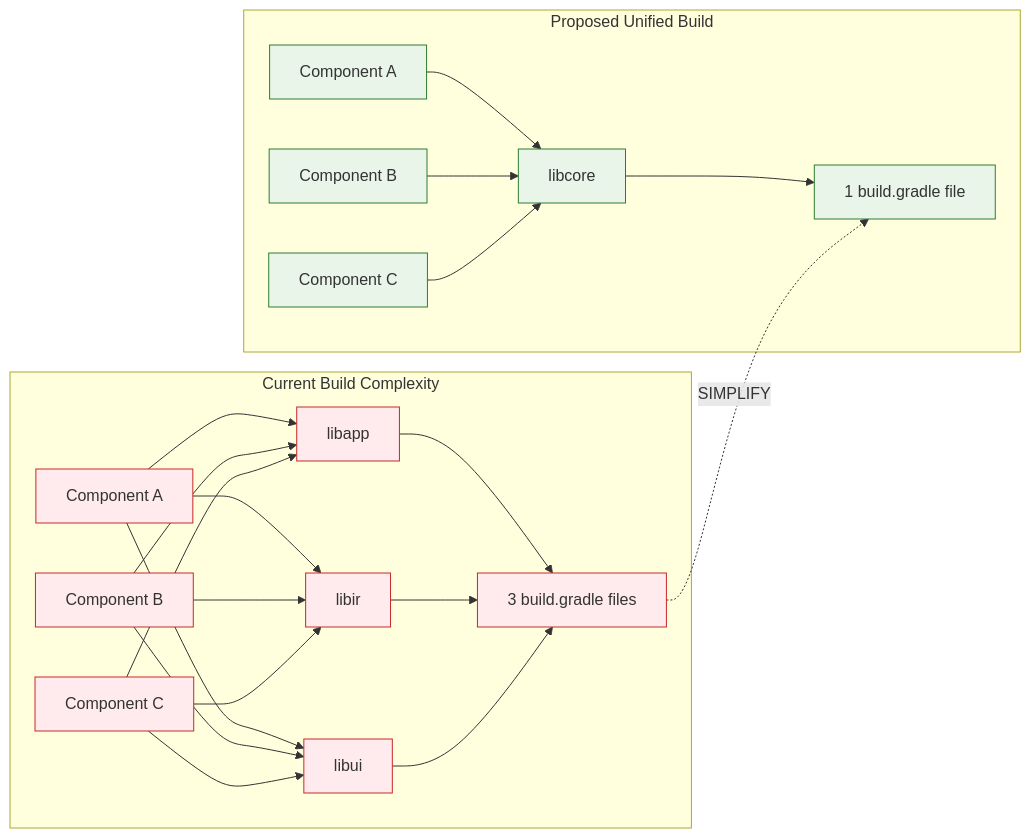
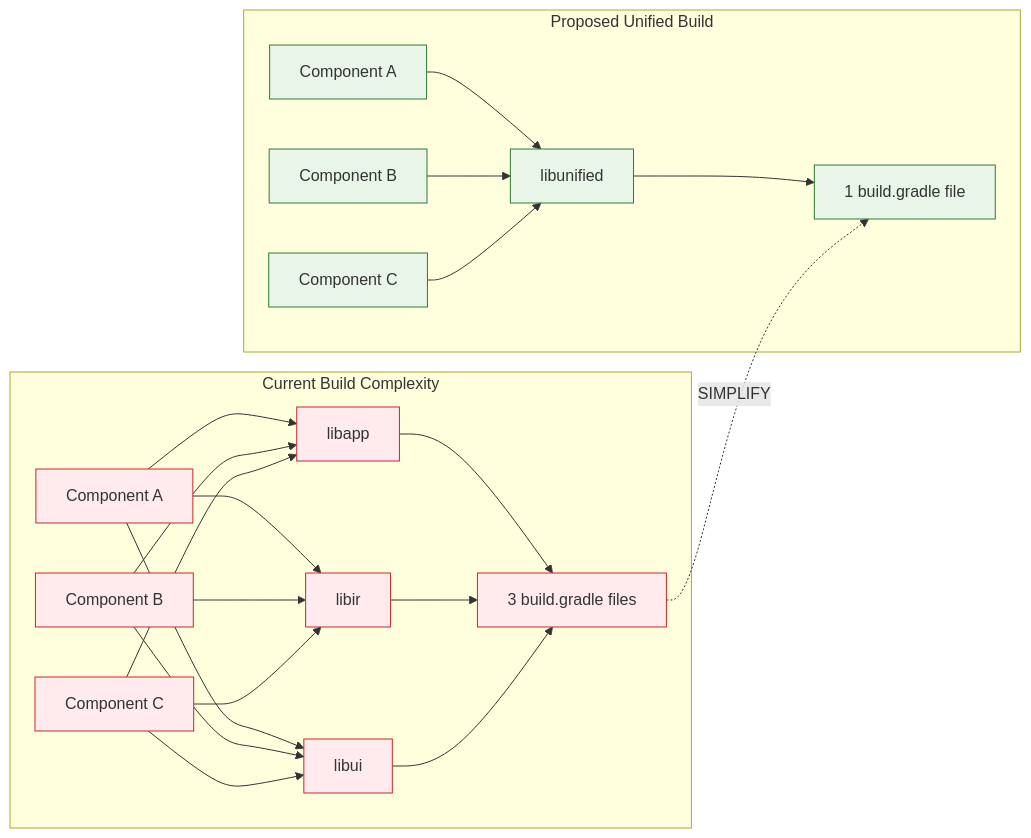
One commit to uclgsr/IRCamera changed diagram 11 of 13 in MERMAID_DIAGRAMS.md. Above: the diagram before and after it, drawn with Mermaid. The commit also changed other lines of this file and 2 other files, not shown here.

Commit message:
Complete emoji removal and fix remaining libcore references

````diff
--- a/MERMAID_DIAGRAMS.md
+++ b/MERMAID_DIAGRAMS.md
@@ -556,36 +556,36 @@
 ```mermaid
 graph LR
     subgraph "Current Build Complexity"
         C1[Component A] --> L1[libapp]
         C1 --> L2[libir] 
         C1 --> L3[libui]
         
         C2[Component B] --> L1
         C2 --> L2
         C2 --> L3
         
         C3[Component C] --> L1
         C3 --> L2
         C3 --> L3
         
         L1 --> B1[3 build.gradle files]
         L2 --> B1
         L3 --> B1
     end
     
     subgraph "Proposed Unified Build"
-        C4[Component A] --> LC[libcore]
+        C4[Component A] --> LC[libunified]
         C5[Component B] --> LC
         C6[Component C] --> LC
         
         LC --> B2[1 build.gradle file]
     end
     
     B1 -.->|"SIMPLIFY"| B2
     
     classDef current fill:#ffebee,stroke:#c62828
     classDef proposed fill:#e8f5e8,stroke:#2e7d32
     
     class C1,C2,C3,L1,L2,L3,B1 current
     class C4,C5,C6,LC,B2 proposed
 ```
````
